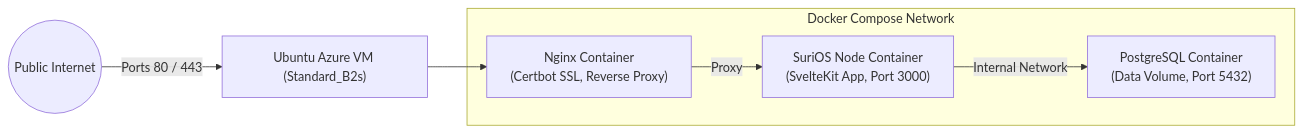
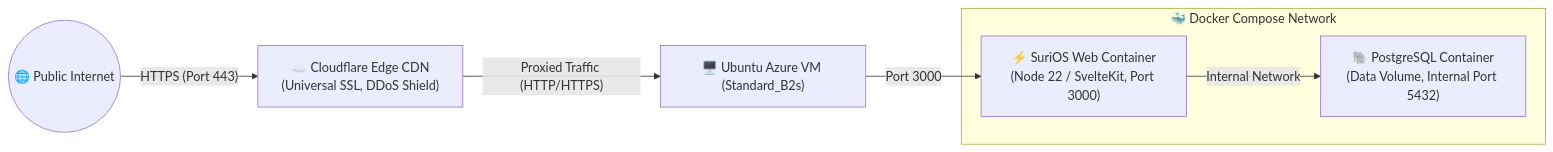
The second of 2 diagrams in docs/ARCHITECTURE.md (Auvryy/surios-ai), drawn with Mermaid before and after one commit. The commit also changed other lines of this file and 1 other file, not shown here.

Commit message:
docs: enrich architecture and tech stack specifications with visual icons

````diff
--- a/docs/ARCHITECTURE.md
+++ b/docs/ARCHITECTURE.md
@@ -98,14 +112,13 @@
 ```mermaid
 flowchart LR
-    Internet((Public Internet)) -->|"Ports 80 / 443"| AzureVM["Ubuntu Azure VM (Standard_B2s)"]
+    Internet((🌐 Public Internet)) -->|"HTTPS (Port 443)"| CF["☁️ Cloudflare Edge CDN<br/>(Universal SSL, DDoS Shield)"]
+    CF -->|"Proxied Traffic (HTTP/HTTPS)"| AzureVM["🖥️ Ubuntu Azure VM (Standard_B2s)"]
 
-    subgraph DockerCompose["Docker Compose Network"]
-        NginxContainer["Nginx Container<br/>(Certbot SSL, Reverse Proxy)"]
-        AppContainer["SuriOS Node Container<br/>(SvelteKit App, Port 3000)"]
-        DBContainer["PostgreSQL Container<br/>(Data Volume, Port 5432)"]
+    subgraph DockerCompose["🐳 Docker Compose Network"]
+        AppContainer["⚡ SuriOS Web Container<br/>(Node 22 / SvelteKit, Port 3000)"]
+        DBContainer["🐘 PostgreSQL Container<br/>(Data Volume, Internal Port 5432)"]
     end
 
-    AzureVM --> NginxContainer
-    NginxContainer -->|"Proxy"| AppContainer
+    AzureVM -->|"Port 3000"| AppContainer
     AppContainer -->|"Internal Network"| DBContainer
 ```
````
